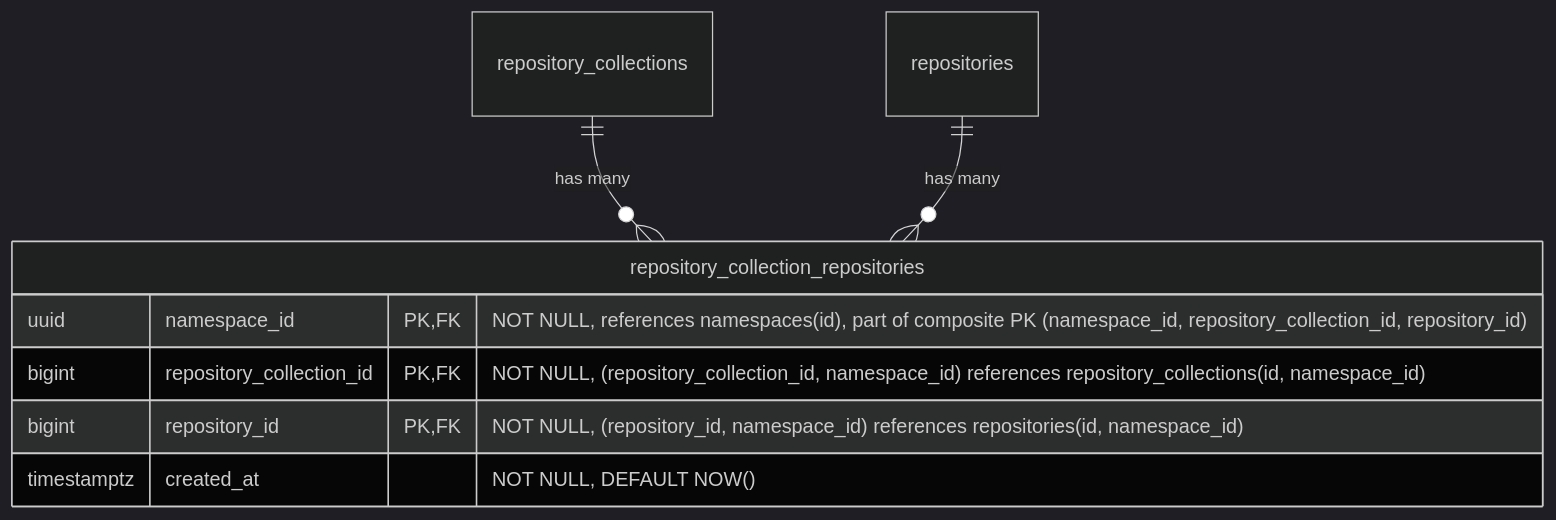
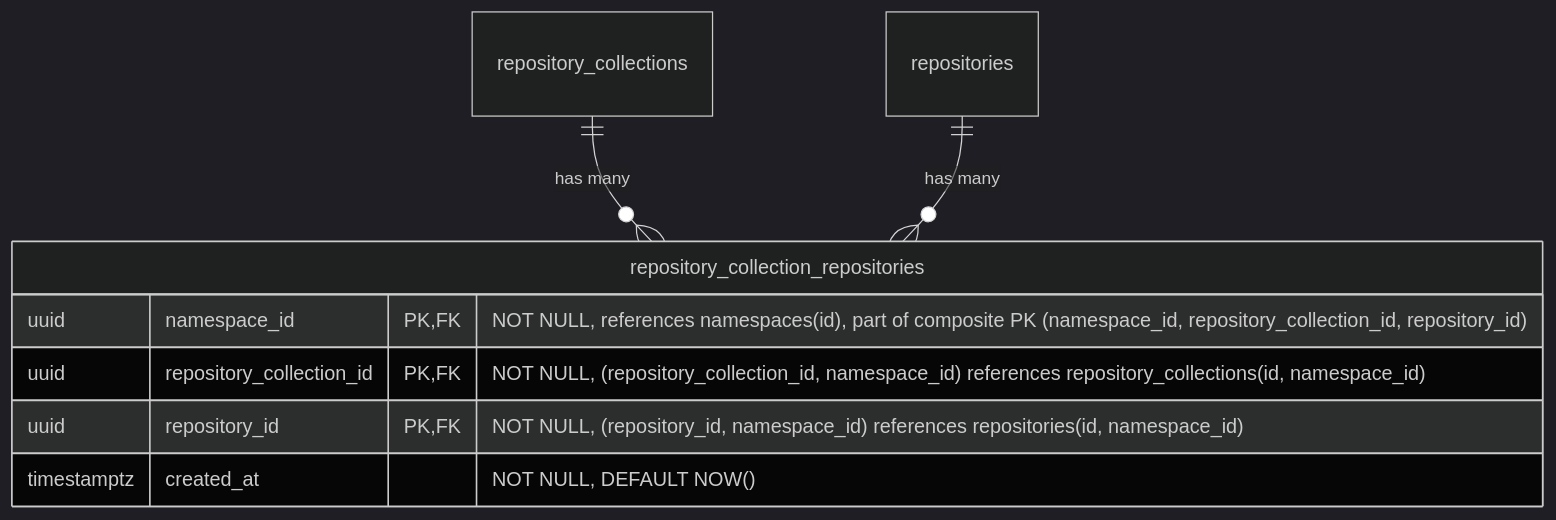
Before and after one commit to kyama0/gitlab-handbook-ja: the fourth of 19 diagrams in content/handbook/engineering/architecture/design-documents/artifact_registry/decisions/007_database_schema.md, drawn with Mermaid (dark theme). The commit also changed other lines of this file and 105 other files, not shown here.

````diff
--- a/content/handbook/engineering/architecture/design-documents/artifact_registry/decisions/007_database_schema.md
+++ b/content/handbook/engineering/architecture/design-documents/artifact_registry/decisions/007_database_schema.md
@@ -248,12 +260,12 @@
 ```mermaid
 erDiagram
     repository_collections ||--o{ repository_collection_repositories : "has many"
     repositories ||--o{ repository_collection_repositories : "has many"
 
     repository_collection_repositories {
         uuid namespace_id PK,FK "NOT NULL, references namespaces(id), part of composite PK (namespace_id, repository_collection_id, repository_id)"
-        bigint repository_collection_id PK,FK "NOT NULL, (repository_collection_id, namespace_id) references repository_collections(id, namespace_id)"
-        bigint repository_id PK,FK "NOT NULL, (repository_id, namespace_id) references repositories(id, namespace_id)"
+        uuid repository_collection_id PK,FK "NOT NULL, (repository_collection_id, namespace_id) references repository_collections(id, namespace_id)"
+        uuid repository_id PK,FK "NOT NULL, (repository_id, namespace_id) references repositories(id, namespace_id)"
         timestamptz created_at "NOT NULL, DEFAULT NOW()"
     }
 ```
````
